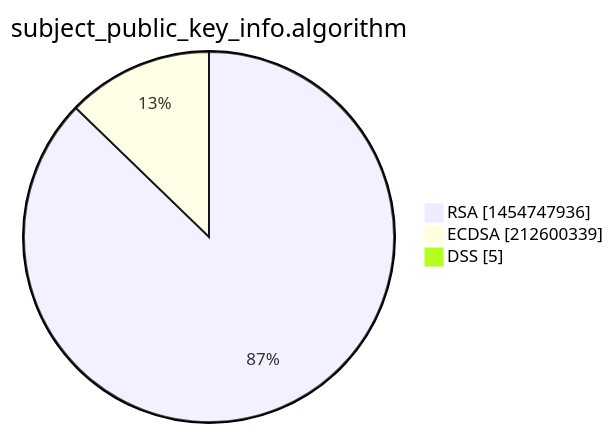
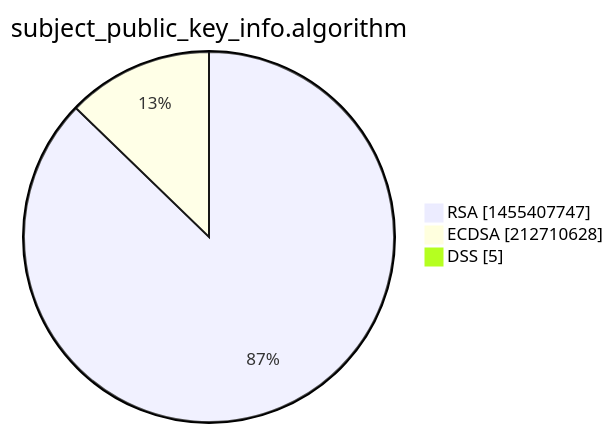
Before and after one commit to christiankrug/ctmonitor_visualization: the third of 15 diagrams in xenon2022/README.md, drawn with Mermaid. The commit also changed other lines of this file, not shown here.

````diff
--- a/xenon2022/README.md
+++ b/xenon2022/README.md
@@ -14,7 +14,7 @@
 ```mermaid
 pie showData
 title subject_public_key_info.algorithm
-"RSA" :1454747936
-"ECDSA" :212600339
+"RSA" :1455407747
+"ECDSA" :212710628
 "DSS" :5
 ```
````
